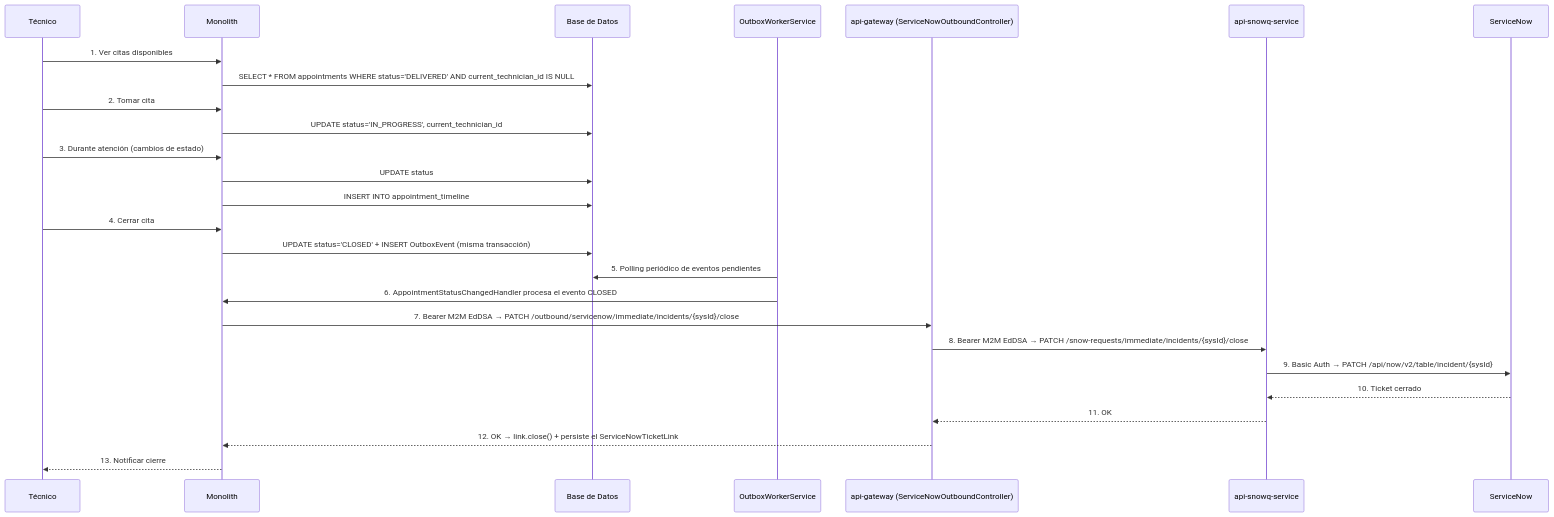
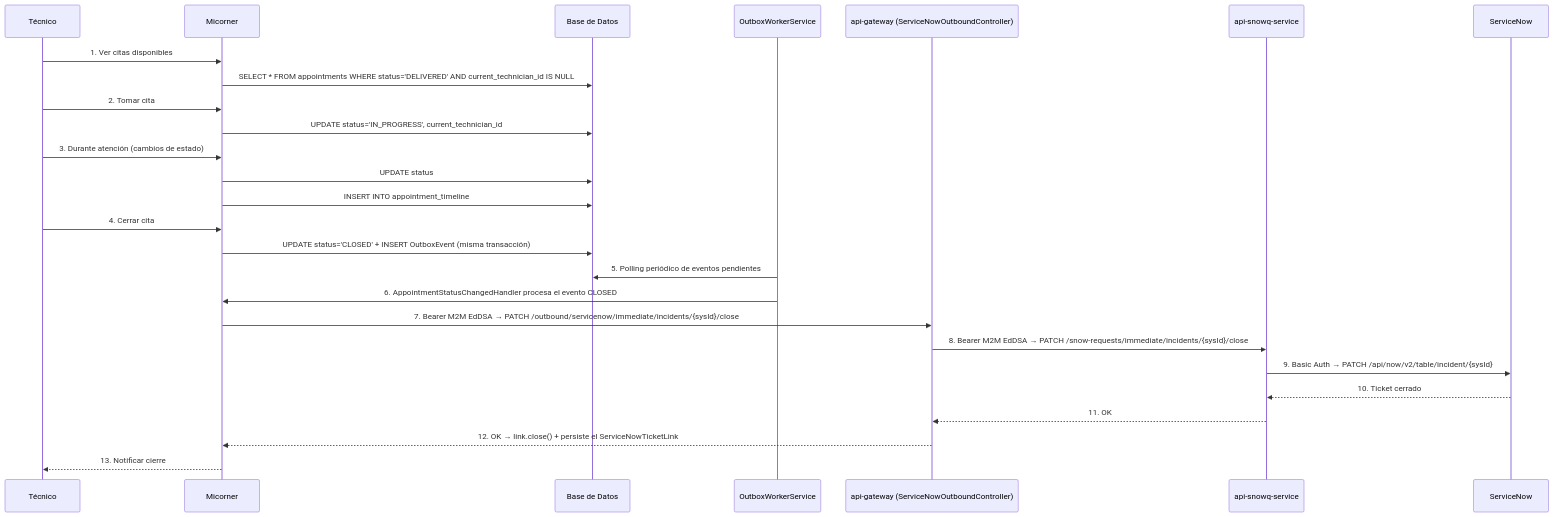
Before and after one commit to maironcuellomartinez/monorepo-service: the third of 4 diagrams in monolito-event-corner_v3/docs/documentation.md, drawn with Mermaid. The commit also changed other lines of this file and 313 other files, not shown here.

First line of the commit message:
refactor: renombrar la app monolith -> micorner en todo el monorepo

````diff
--- a/monolito-event-corner_v3/docs/documentation.md
+++ b/monolito-event-corner_v3/docs/documentation.md
@@ -965,33 +965,33 @@
 ```mermaid
 sequenceDiagram
     participant T as Técnico
-    participant S as Monolith
+    participant S as Micorner
     participant DB as Base de Datos
     participant OW as OutboxWorkerService
     participant GW as api-gateway (ServiceNowOutboundController)
     participant SQ as api-snowq-service
     participant SN as ServiceNow
 
     T->>S: 1. Ver citas disponibles
     S->>DB: SELECT * FROM appointments WHERE status='DELIVERED' AND current_technician_id IS NULL
 
     T->>S: 2. Tomar cita
     S->>DB: UPDATE status='IN_PROGRESS', current_technician_id
 
     T->>S: 3. Durante atención (cambios de estado)
     S->>DB: UPDATE status
     S->>DB: INSERT INTO appointment_timeline
 
     T->>S: 4. Cerrar cita
     S->>DB: UPDATE status='CLOSED' + INSERT OutboxEvent (misma transacción)
 
     OW->>DB: 5. Polling periódico de eventos pendientes
     OW->>S: 6. AppointmentStatusChangedHandler procesa el evento CLOSED
     S->>GW: 7. Bearer M2M EdDSA → PATCH /outbound/servicenow/immediate/incidents/{sysId}/close
     GW->>SQ: 8. Bearer M2M EdDSA → PATCH /snow-requests/immediate/incidents/{sysId}/close
     SQ->>SN: 9. Basic Auth → PATCH /api/now/v2/table/incident/{sysId}
     SN-->>SQ: 10. Ticket cerrado
     SQ-->>GW: 11. OK
     GW-->>S: 12. OK → link.close() + persiste el ServiceNowTicketLink
     S-->>T: 13. Notificar cierre
 ```
````
